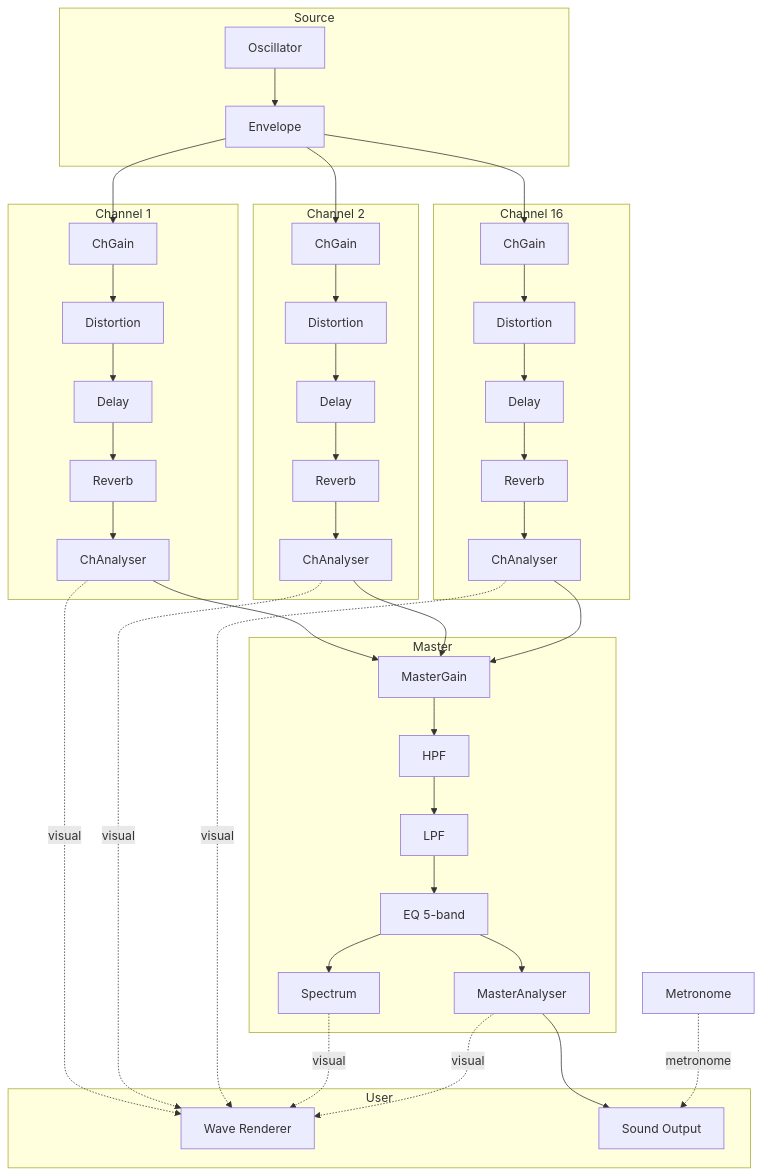
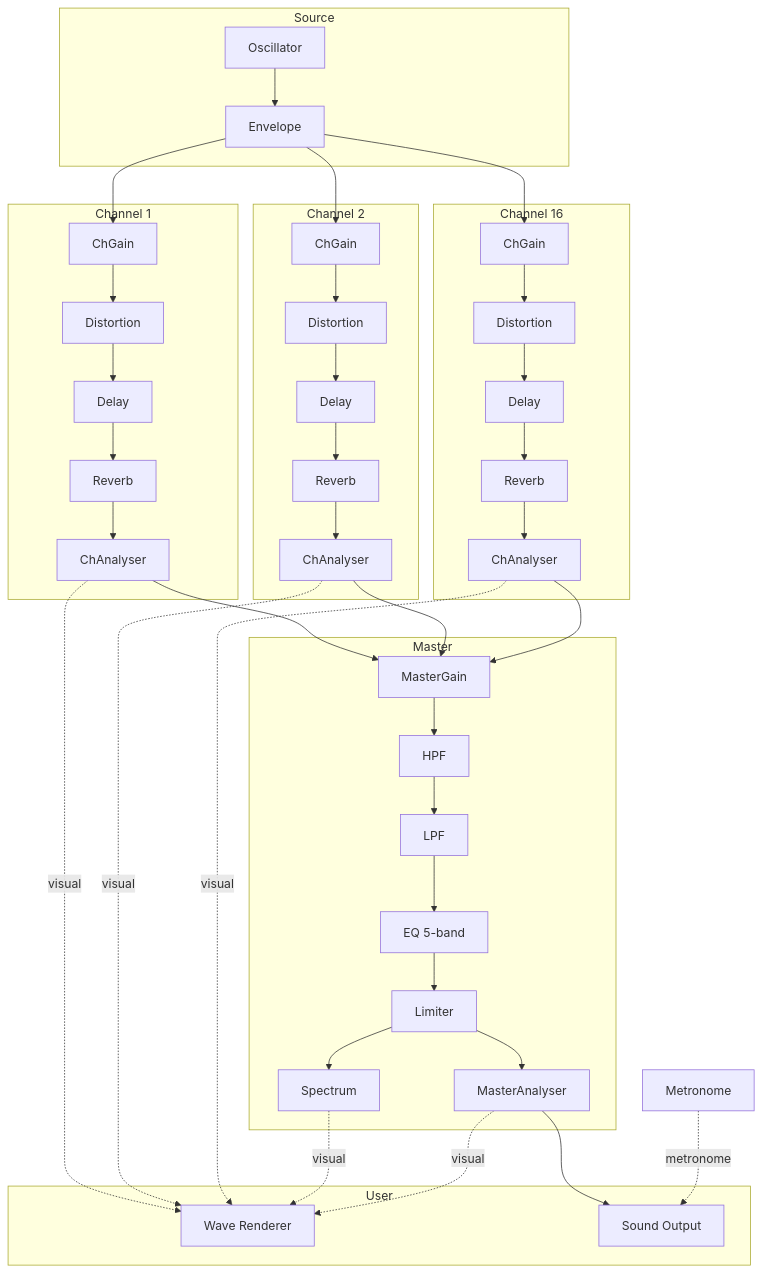
One commit to orleans-house/midi-parser changed the diagram in docs/audio-architecture.md. Above: the diagram before and after it, drawn with Mermaid. The commit also changed other lines of this file and 5 other files, not shown here.

````diff
--- a/docs/audio-architecture.md
+++ b/docs/audio-architecture.md
@@ -7,43 +7,44 @@
 ```mermaid
 graph TD
   subgraph Source
     Osc[Oscillator] --> Env[Envelope]
   end
 
   subgraph Ch1["Channel 1"]
     ChGain1[ChGain] --> ChDist1[Distortion] --> ChDelay1[Delay] --> ChReverb1[Reverb] --> ChAna1[ChAnalyser]
   end
 
   subgraph Ch2["Channel 2"]
     ChGain2[ChGain] --> ChDist2[Distortion] --> ChDelay2[Delay] --> ChReverb2[Reverb] --> ChAna2[ChAnalyser]
   end
 
   subgraph Ch16["Channel 16"]
     ChGain16[ChGain] --> ChDist16[Distortion] --> ChDelay16[Delay] --> ChReverb16[Reverb] --> ChAna16[ChAnalyser]
   end
 
   subgraph Master
     MGain[MasterGain] --> HPF[HPF] --> LPF[LPF] --> EQ[EQ 5-band]
-    EQ --> Spec[Spectrum]
-    EQ --> MAna[MasterAnalyser]
+    EQ --> Lim[Limiter]
+    Lim --> Spec[Spectrum]
+    Lim --> MAna[MasterAnalyser]
   end
 
   subgraph User
     Wave[Wave Renderer]
     Sound[Sound Output]
   end
 
   Env --> ChGain1
   Env --> ChGain2
   Env --> ChGain16
   ChAna1 --> MGain
   ChAna2 --> MGain
   ChAna16 --> MGain
   MAna --> Sound
   Metronome -. metronome .-> Sound
   ChAna1 -. visual .-> Wave
   ChAna2 -. visual .-> Wave
   ChAna16 -. visual .-> Wave
   Spec -. visual .-> Wave
   MAna -. visual .-> Wave
 ```
````
